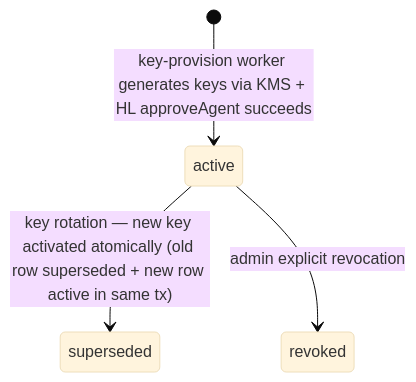
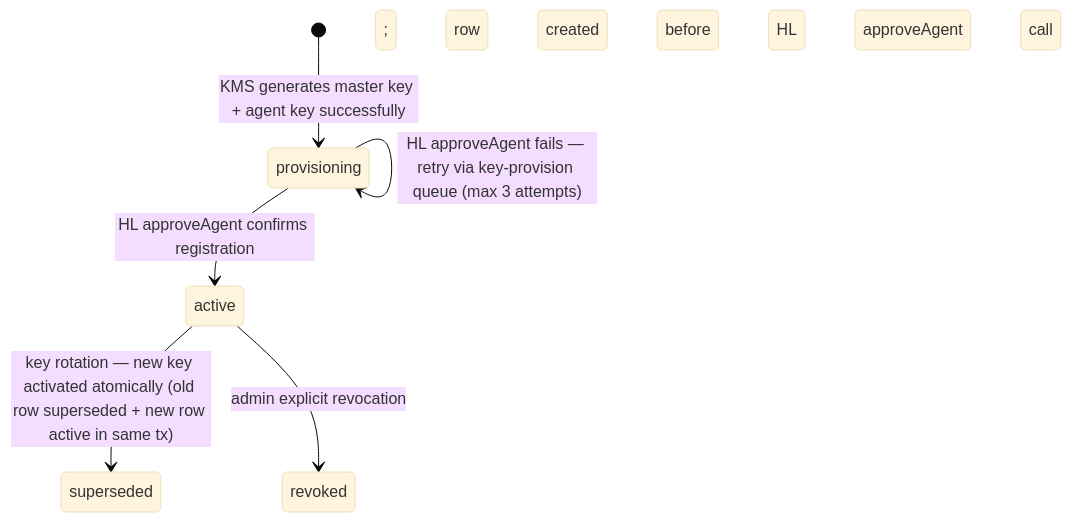
The third of 3 diagrams in docs/BA/plans/bnza-sotatek-260519-0000/03_modules/exbot/srs/states.md (TrinhBuiSotatek/Bonanzapool), drawn with Mermaid (base theme) before and after one commit. The commit also changed other lines of this file and 16 other files, not shown here.

````diff
--- a/docs/BA/plans/bnza-sotatek-260519-0000/03_modules/exbot/srs/states.md
+++ b/docs/BA/plans/bnza-sotatek-260519-0000/03_modules/exbot/srs/states.md
@@ -117,6 +118,8 @@
 ```mermaid
 stateDiagram-v2
-    [*] --> active : key-provision worker generates keys via KMS + HL approveAgent succeeds
+    [*] --> provisioning : KMS generates master key + agent key successfully; row created before HL approveAgent call
+    provisioning --> active : HL approveAgent confirms registration
+    provisioning --> provisioning : HL approveAgent fails — retry via key-provision queue (max 3 attempts)
     active --> superseded : key rotation — new key activated atomically (old row superseded + new row active in same tx)
     active --> revoked : admin explicit revocation
 ```
````
